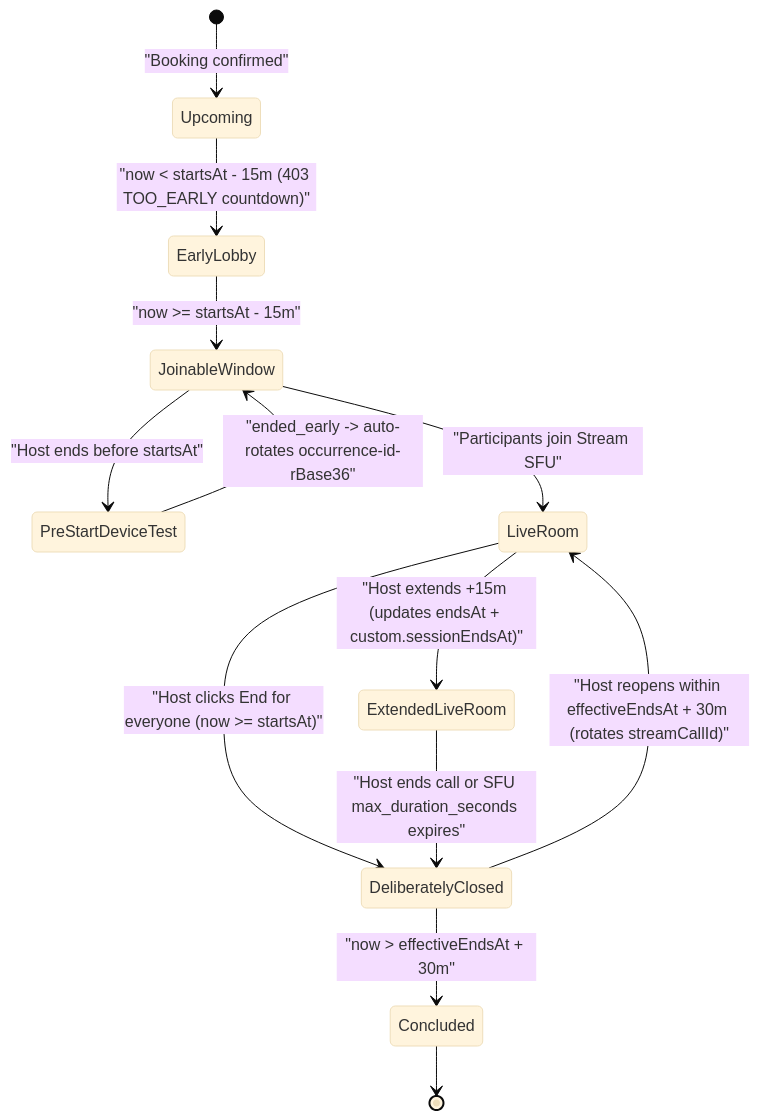
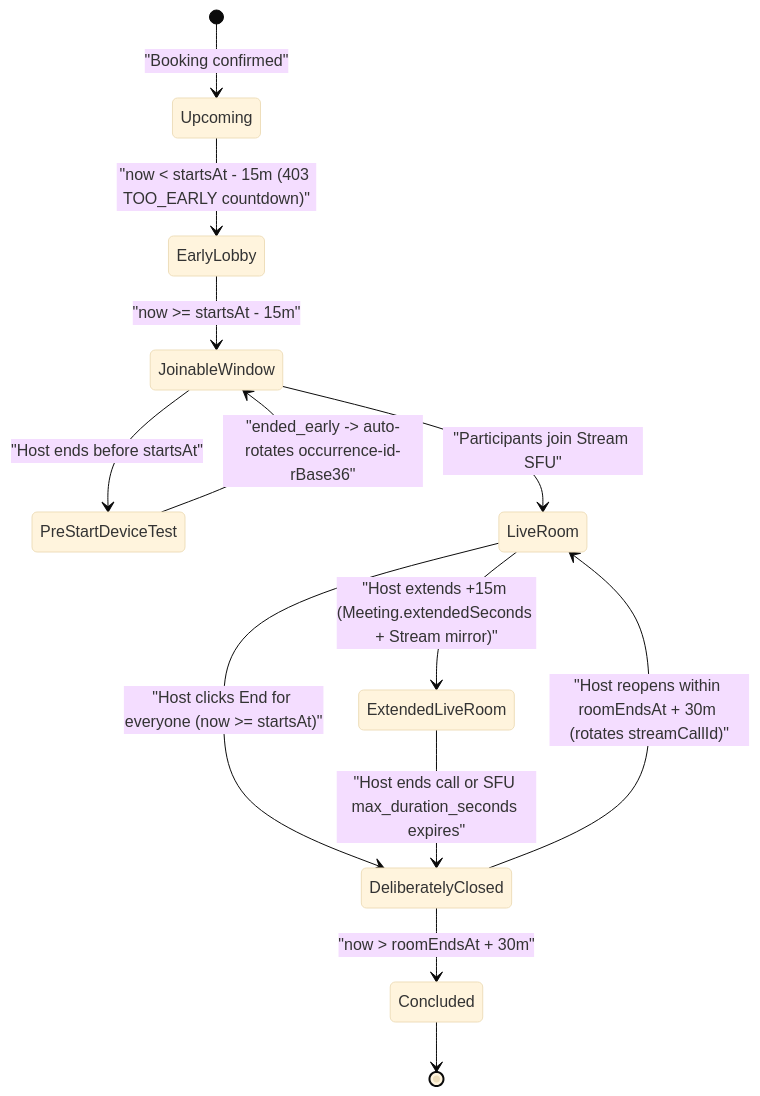
The second of 3 diagrams in docs/stream/05-video-implementation.md (Practitionist/familiarise_web), drawn with Mermaid (base theme) before and after one commit. The commit also changed other lines of this file and 9 other files, not shown here.

````diff
--- a/docs/stream/05-video-implementation.md
+++ b/docs/stream/05-video-implementation.md
@@ -53,15 +60,15 @@
 ```mermaid
 stateDiagram-v2
     [*] --> Upcoming: "Booking confirmed"
     Upcoming --> EarlyLobby: "now < startsAt - 15m (403 TOO_EARLY countdown)"
     EarlyLobby --> JoinableWindow: "now >= startsAt - 15m"
     JoinableWindow --> PreStartDeviceTest: "Host ends before startsAt"
     PreStartDeviceTest --> JoinableWindow: "ended_early -> auto-rotates occurrence-id-rBase36"
     JoinableWindow --> LiveRoom: "Participants join Stream SFU"
-    LiveRoom --> ExtendedLiveRoom: "Host extends +15m (updates endsAt + custom.sessionEndsAt)"
+    LiveRoom --> ExtendedLiveRoom: "Host extends +15m (Meeting.extendedSeconds + Stream mirror)"
     LiveRoom --> DeliberatelyClosed: "Host clicks End for everyone (now >= startsAt)"
     ExtendedLiveRoom --> DeliberatelyClosed: "Host ends call or SFU max_duration_seconds expires"
-    DeliberatelyClosed --> LiveRoom: "Host reopens within effectiveEndsAt + 30m (rotates streamCallId)"
-    DeliberatelyClosed --> Concluded: "now > effectiveEndsAt + 30m"
+    DeliberatelyClosed --> LiveRoom: "Host reopens within roomEndsAt + 30m (rotates streamCallId)"
+    DeliberatelyClosed --> Concluded: "now > roomEndsAt + 30m"
     Concluded --> [*]
 ```
````
